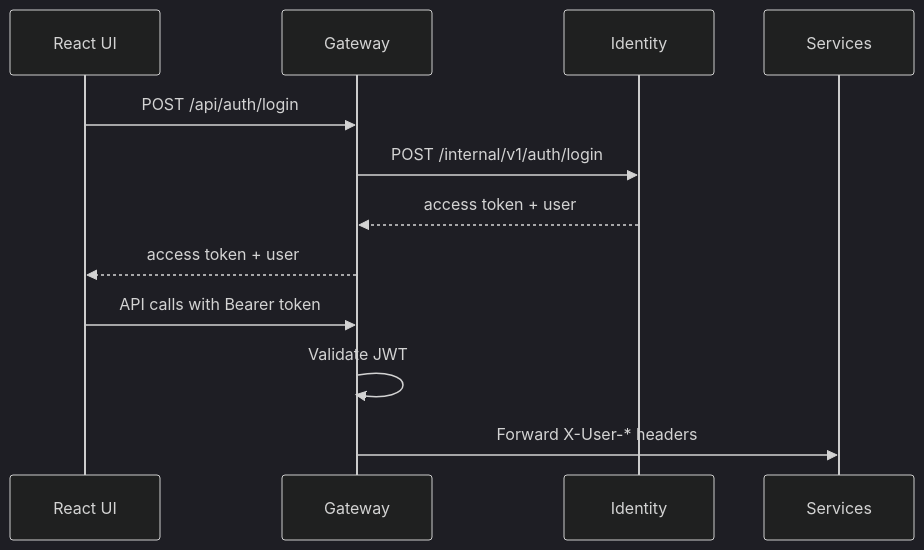
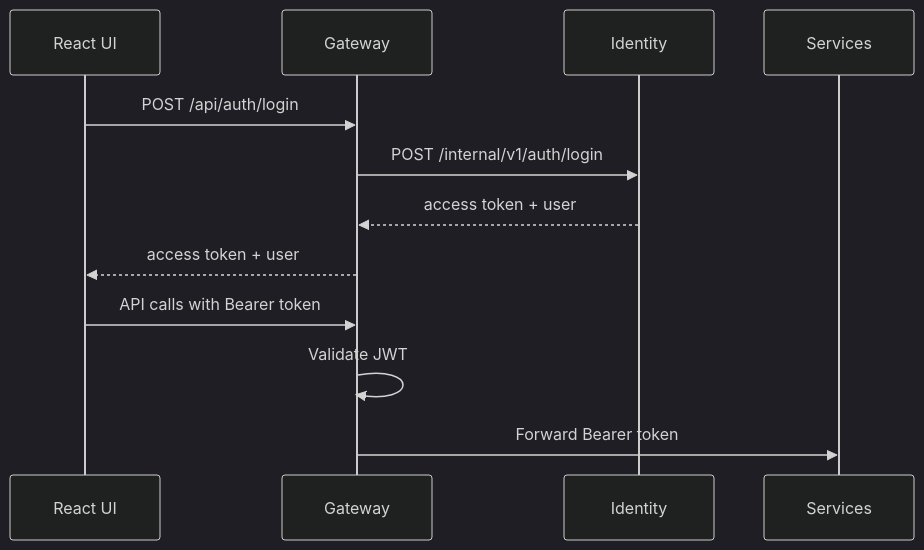
One commit to dhalavach/alpha-scada changed the second of 4 diagrams in docs/system-overview.md. Above: the diagram before and after it, drawn with Mermaid (dark theme). The commit also changed other lines of this file and 26 other files, not shown here.

````diff
--- a/docs/system-overview.md
+++ b/docs/system-overview.md
@@ -132,14 +137,14 @@
 ```mermaid
 sequenceDiagram
     participant UI as React UI
     participant GW as Gateway
     participant ID as Identity
 
     UI->>GW: POST /api/auth/login
     GW->>ID: POST /internal/v1/auth/login
     ID-->>GW: access token + user
     GW-->>UI: access token + user
     UI->>GW: API calls with Bearer token
     GW->>GW: Validate JWT
-    GW->>Services: Forward X-User-* headers
+    GW->>Services: Forward Bearer token
 ```
````
